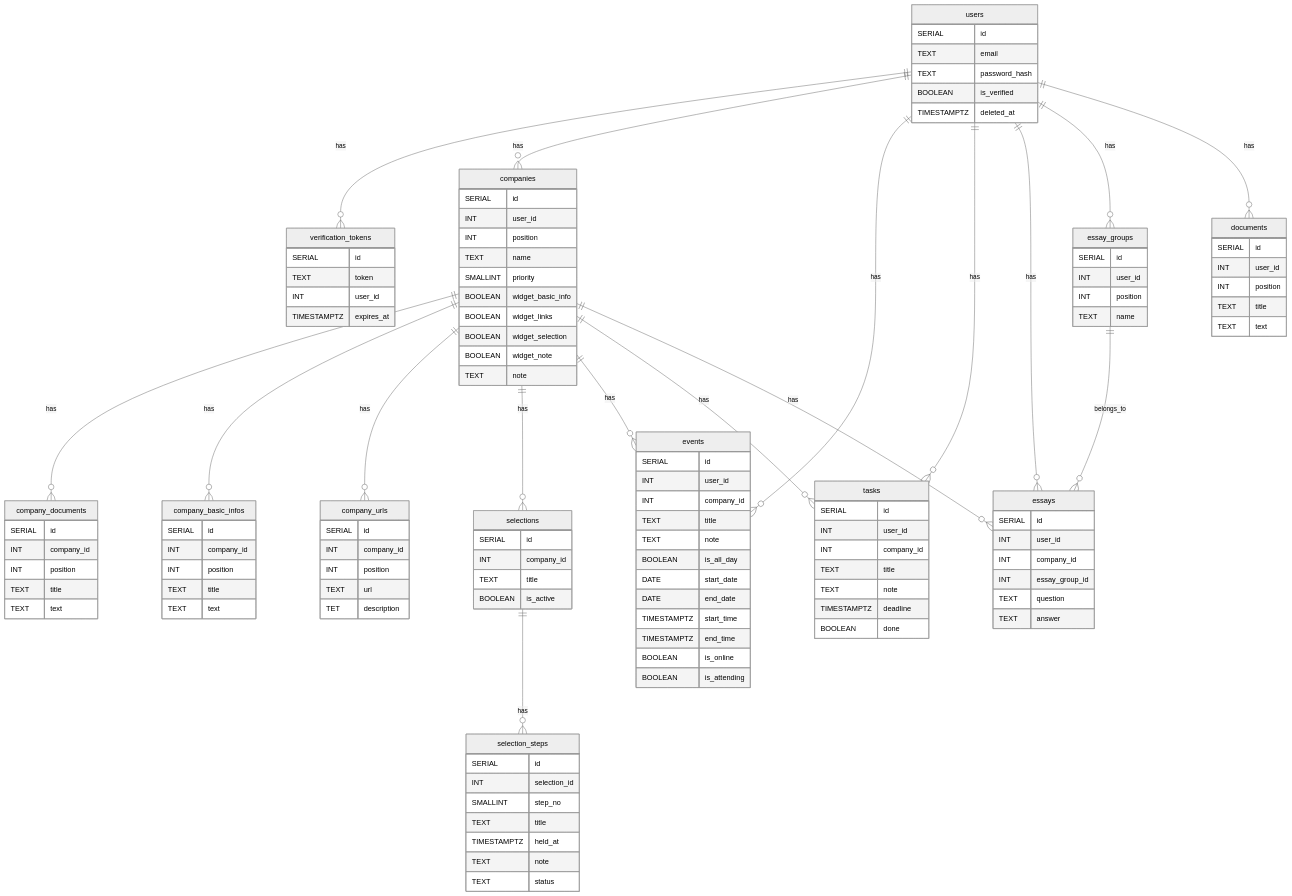
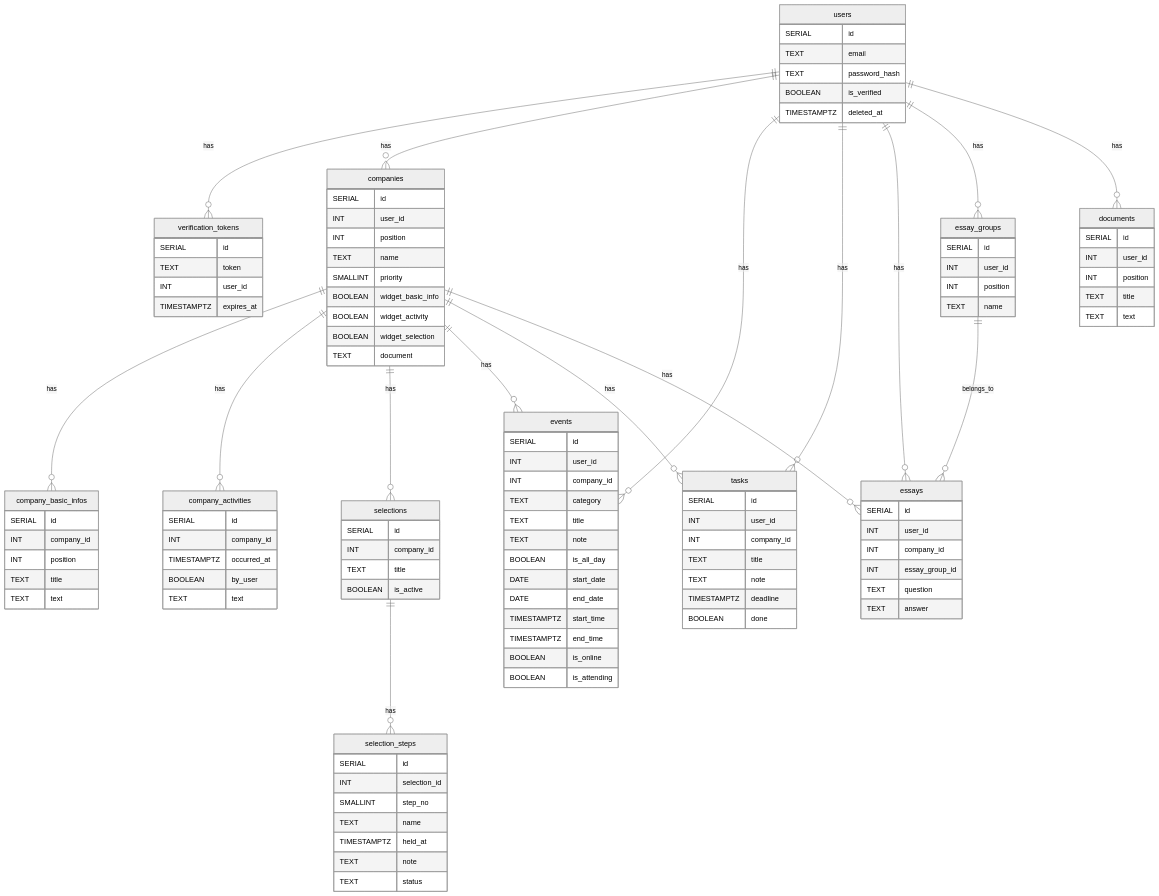
Before and after one commit to kotonekanno/job-hunt-workspace: the diagram in docs/db-design.md, drawn with Mermaid (neutral theme). The commit also changed other lines of this file and 33 other files, not shown here.

```diff
--- a/docs/db-design.md
+++ b/docs/db-design.md
@@ -27,9 +26,8 @@
   users ||--o{ essays : has
   users ||--o{ essay_groups : has
   users ||--o{ documents : has
-  companies ||--o{ company_documents : has
   companies ||--o{ company_basic_infos : has
-  companies ||--o{ company_urls : has
+  companies ||--o{ company_activities : has
   companies ||--o{ selections : has
   selections ||--o{ selection_steps : has
   companies ||--o{ events : has
@@ -59,18 +57,9 @@
     TEXT name
     SMALLINT priority
     BOOLEAN widget_basic_info
-    BOOLEAN widget_links
+    BOOLEAN widget_activity
     BOOLEAN widget_selection
-    BOOLEAN widget_note
-    TEXT note
-  }
-
-  company_documents {
-    SERIAL id
-    INT company_id
-    INT position
-    TEXT title
-    TEXT text
+    TEXT document
   }
 
   company_basic_infos {
@@ -81,12 +70,12 @@
     TEXT text
   }
 
-  company_urls {
+  company_activities {
     SERIAL id
     INT company_id
-    INT position
-    TEXT url
-    TET description
+    TIMESTAMPTZ occurred_at
+    BOOLEAN by_user
+    TEXT text
   }
 
   selections {
@@ -100,7 +89,7 @@
     SERIAL id
     INT selection_id
     SMALLINT step_no
-    TEXT title
+    TEXT name
     TIMESTAMPTZ held_at
     TEXT note
     TEXT status
@@ -110,6 +99,7 @@
     SERIAL id
     INT user_id
     INT company_id
+    TEXT category
     TEXT title
     TEXT note
     BOOLEAN is_all_day
```
